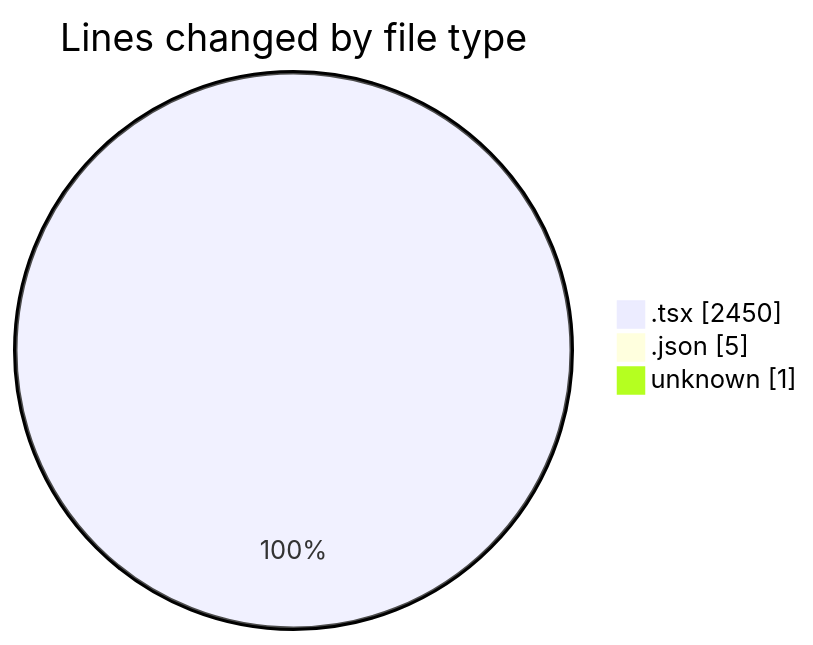
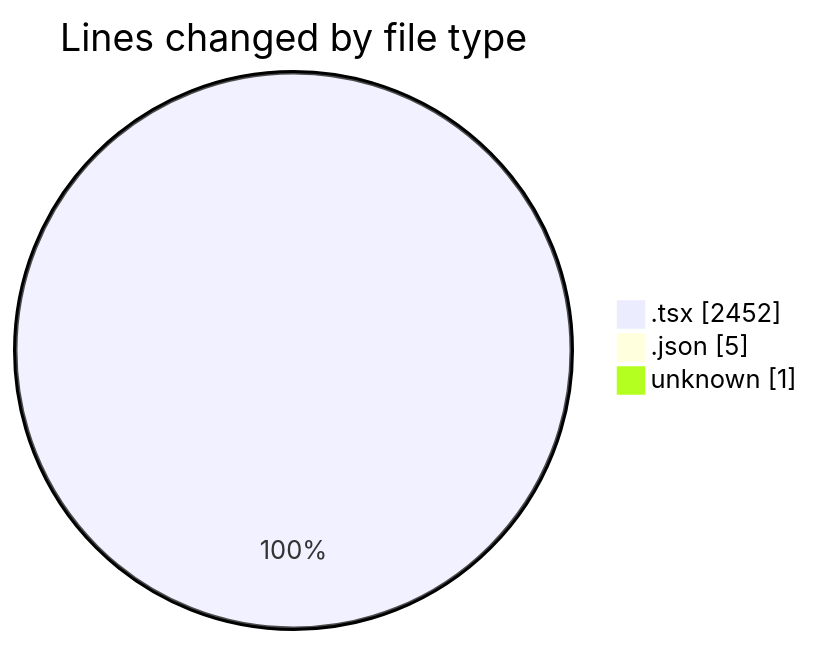
One commit to Elitesun/code-tracking changed the first of 2 diagrams in 2025-05-07/niten/README.md. Above: the diagram before and after it, drawn with Mermaid. The commit also changed other lines of this file and 1 other file, not shown here.

````diff
--- a/2025-05-07/niten/README.md
+++ b/2025-05-07/niten/README.md
@@ -43,7 +43,7 @@
 ```mermaid
 pie showData
 title Lines changed by file type
-".tsx" : 2450
+".tsx" : 2452
 ".json" : 5
 "unknown" : 1
 ```
````
